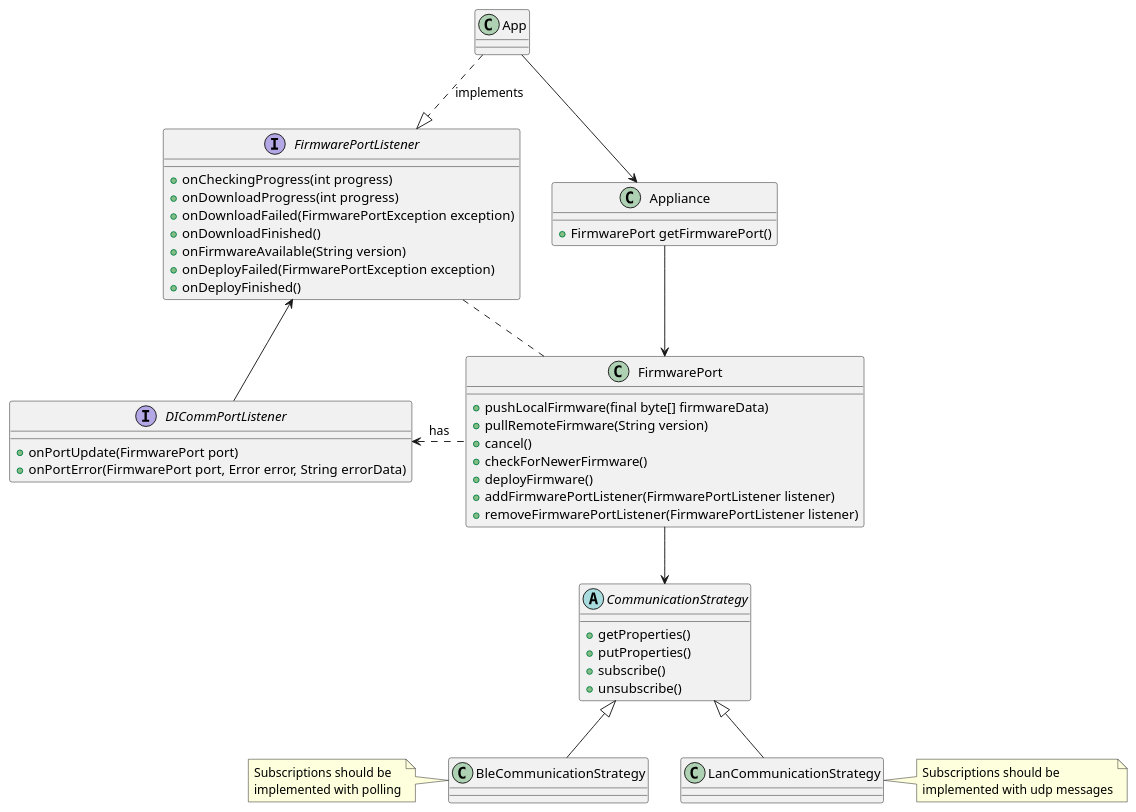
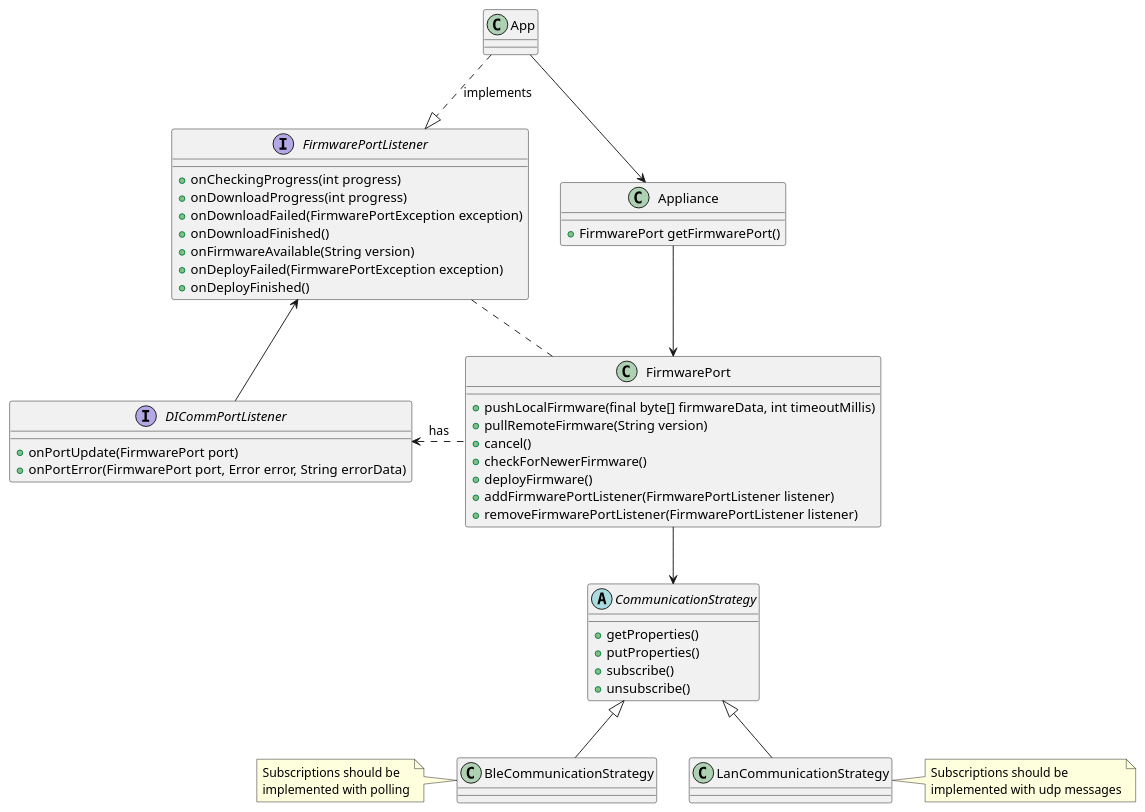
The diagram in Documents/Internal/FirewareUpgrade.puml (rahul2008/mobile-plf-android), drawn with PlantUML before and after one commit. The commit also changed 5 other files, not shown here.

Commit message:
#15113 Added timeout argument to FirmwareUpdatePushLocal, updated tests, documentation, release notes.

```diff
--- a/Documents/Internal/FirewareUpgrade.puml
+++ b/Documents/Internal/FirewareUpgrade.puml
@@ -1,62 +1,62 @@
 @startuml
 
 class App {
 }
 
 class Appliance {
     + FirmwarePort getFirmwarePort()
 }
 
 class FirmwarePort {
-    + pushLocalFirmware(final byte[] firmwareData)
+    + pushLocalFirmware(final byte[] firmwareData, int timeoutMillis)
     + pullRemoteFirmware(String version)
     + cancel()
     + checkForNewerFirmware()
     + deployFirmware()
     + addFirmwarePortListener(FirmwarePortListener listener)
     + removeFirmwarePortListener(FirmwarePortListener listener)
 }
 
 interface FirmwarePortListener {
     + onCheckingProgress(int progress)
     + onDownloadProgress(int progress)
     + onDownloadFailed(FirmwarePortException exception)
     + onDownloadFinished()
     + onFirmwareAvailable(String version)
     + onDeployFailed(FirmwarePortException exception)
     + onDeployFinished()
 }
 
 interface DICommPortListener {
     + onPortUpdate(FirmwarePort port)
     + onPortError(FirmwarePort port, Error error, String errorData)
 }
 
 abstract class CommunicationStrategy {
     + getProperties()
     + putProperties()
     + subscribe()
     + unsubscribe()
 }
 
 
 class BleCommunicationStrategy {
 }
 note left : Subscriptions should be\nimplemented with polling
 
 class LanCommunicationStrategy {
 }
 note right : Subscriptions should be\nimplemented with udp messages
 
 
 App -down-> Appliance
 App ..|> FirmwarePortListener : implements
 Appliance -down-> FirmwarePort
 FirmwarePort .. FirmwarePortListener
 FirmwarePort .left.> DICommPortListener: has
 DICommPortListener -up-> FirmwarePortListener
 CommunicationStrategy <|-- LanCommunicationStrategy
 CommunicationStrategy <|-- BleCommunicationStrategy
 FirmwarePort --> CommunicationStrategy
 
 @enduml
```
